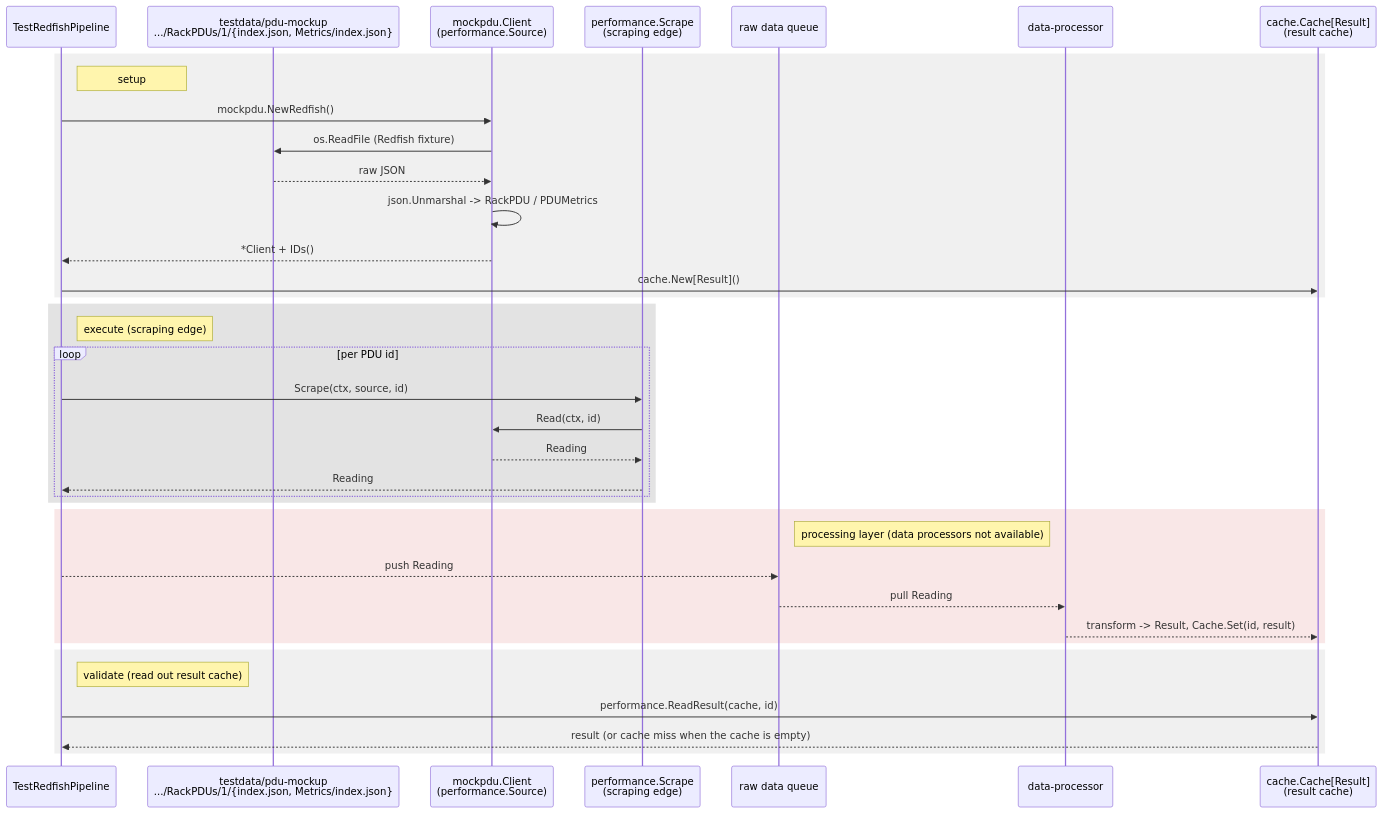
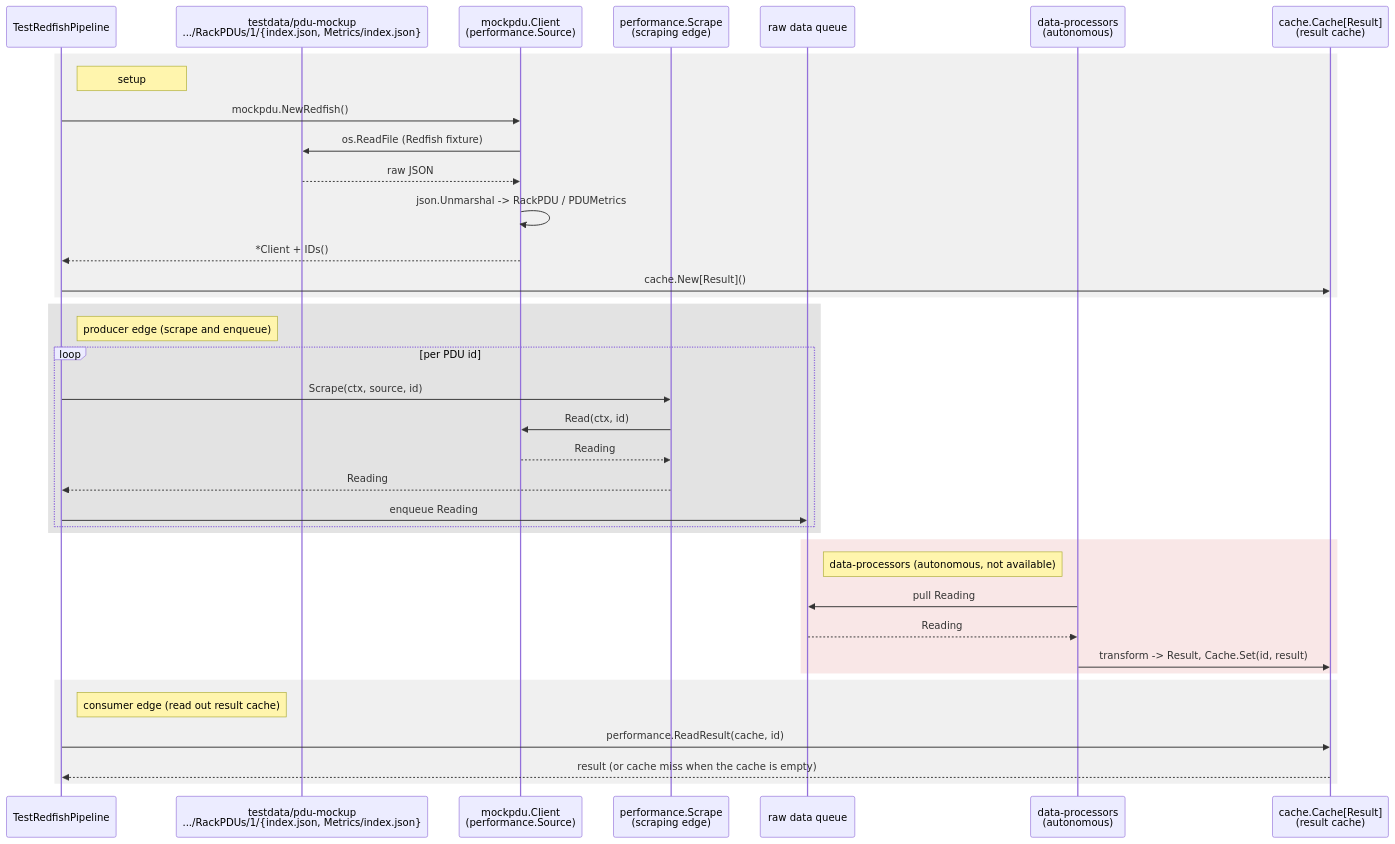
Before and after one commit to cloudoperators/rootstock: the second of 2 diagrams in docs/testing/performance-testing.md, drawn with Mermaid. The commit also changed other lines of this file and 2 other files, not shown here.

````diff
--- a/docs/testing/performance-testing.md
+++ b/docs/testing/performance-testing.md
@@ -139,43 +145,44 @@
 ```mermaid
 sequenceDiagram
     participant Test as TestRedfishPipeline
     participant Data as testdata/pdu-mockup<br/>.../RackPDUs/1/{index.json, Metrics/index.json}
     participant Mock as mockpdu.Client<br/>(performance.Source)
     participant Scrape as performance.Scrape<br/>(scraping edge)
     participant Queue as raw data queue
-    participant Proc as data-processor
+    participant Proc as data-processors<br/>(autonomous)
     participant Cache as cache.Cache[Result]<br/>(result cache)
 
     rect rgba(128, 128, 128, 0.12)
         note right of Test: setup
         Test->>Mock: mockpdu.NewRedfish()
         Mock->>Data: os.ReadFile (Redfish fixture)
         Data-->>Mock: raw JSON
         Mock->>Mock: json.Unmarshal -> RackPDU / PDUMetrics
         Mock-->>Test: *Client + IDs()
         Test->>Cache: cache.New[Result]()
     end
 
     rect rgba(128, 128, 128, 0.22)
-        note right of Test: execute (scraping edge)
+        note right of Test: producer edge (scrape and enqueue)
         loop per PDU id
             Test->>Scrape: Scrape(ctx, source, id)
             Scrape->>Mock: Read(ctx, id)
             Mock-->>Scrape: Reading
             Scrape-->>Test: Reading
+            Test->>Queue: enqueue Reading
         end
     end
 
     rect rgba(220, 120, 120, 0.18)
-        note right of Queue: processing layer (data processors not available)
-        Test-->>Queue: push Reading
-        Queue-->>Proc: pull Reading
-        Proc-->>Cache: transform -> Result, Cache.Set(id, result)
+        note right of Queue: data-processors (autonomous, not available)
+        Proc->>Queue: pull Reading
+        Queue-->>Proc: Reading
+        Proc->>Cache: transform -> Result, Cache.Set(id, result)
     end
 
     rect rgba(128, 128, 128, 0.12)
-        note right of Test: validate (read out result cache)
+        note right of Test: consumer edge (read out result cache)
         Test->>Cache: performance.ReadResult(cache, id)
         Cache-->>Test: result (or cache miss when the cache is empty)
     end
 ```
````
